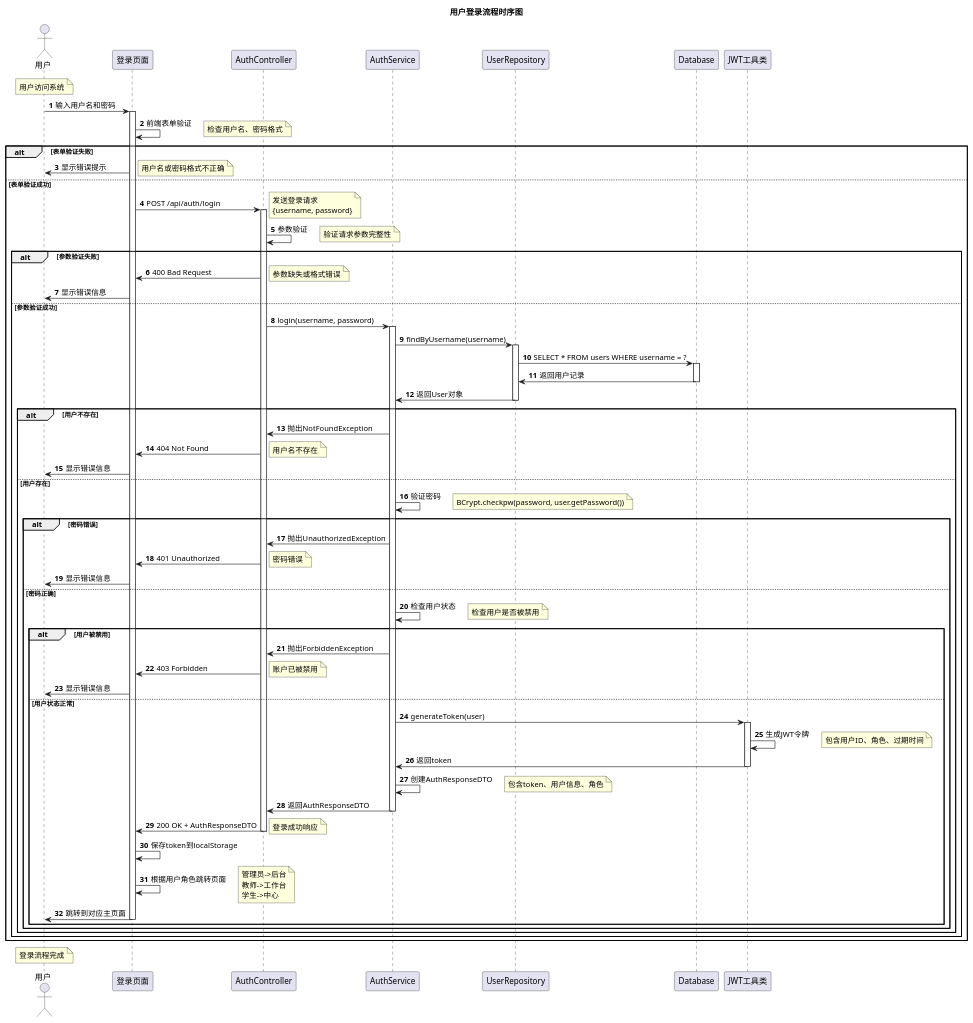
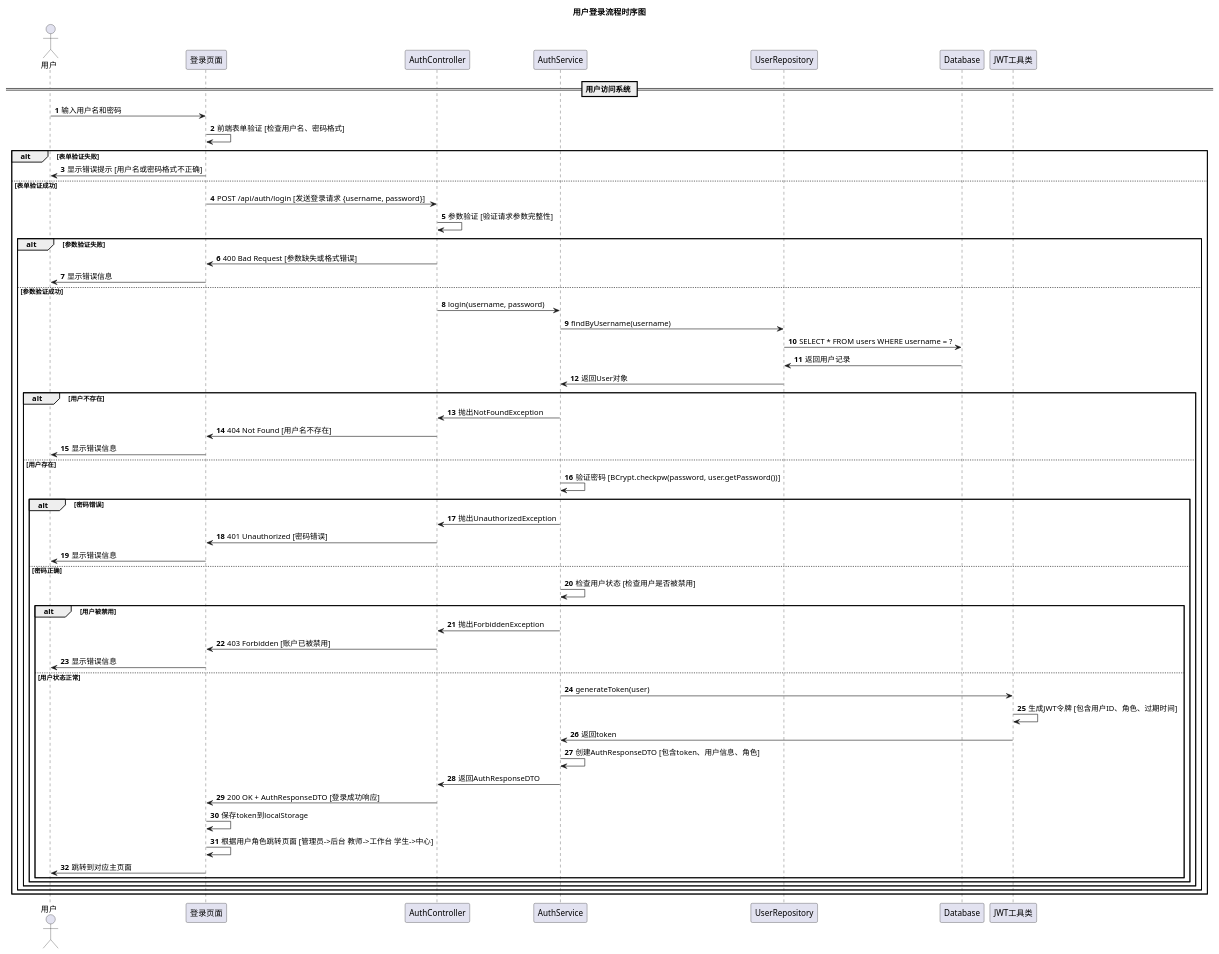
The diagram in diagram/类图和时序图/详细功能时序图/通用模块/01_用户登录时序图.puml (lingxiao001/CourseSchedule), drawn with PlantUML before and after one commit. The commit also changed 95 other files, not shown here.

Commit message:
draw many many diagram

```diff
--- a/diagram/类图和时序图/详细功能时序图/通用模块/01_用户登录时序图.puml
+++ b/diagram/类图和时序图/详细功能时序图/通用模块/01_用户登录时序图.puml
@@ -1,107 +1,70 @@
 @startuml 用户登录时序图
 title 用户登录流程时序图
 
 actor 用户 as U
 participant "登录页面" as LP
 participant "AuthController" as AC
 participant "AuthService" as AS
 participant "UserRepository" as UR
 participant "Database" as DB
 participant "JWT工具类" as JWT
 
 autonumber
 
-note over U: 用户访问系统
-
+== 用户访问系统 ==
 U -> LP: 输入用户名和密码
-activate LP
-
-LP -> LP: 前端表单验证
-note right: 检查用户名、密码格式
+LP -> LP: 前端表单验证 [检查用户名、密码格式]
 
 alt 表单验证失败
-    LP -> U: 显示错误提示
-    note right: 用户名或密码格式不正确
+    LP -> U: 显示错误提示 [用户名或密码格式不正确]
 else 表单验证成功
-    LP -> AC: POST /api/auth/login
-    activate AC
-    note right: 发送登录请求\n{username, password}
-    
-    AC -> AC: 参数验证
-    note right: 验证请求参数完整性
+    LP -> AC: POST /api/auth/login [发送登录请求 {username, password}]
+    AC -> AC: 参数验证 [验证请求参数完整性]
     
     alt 参数验证失败
-        AC -> LP: 400 Bad Request
-        note right: 参数缺失或格式错误
+        AC -> LP: 400 Bad Request [参数缺失或格式错误]
         LP -> U: 显示错误信息
     else 参数验证成功
         AC -> AS: login(username, password)
-        activate AS
-        
         AS -> UR: findByUsername(username)
-        activate UR
-        
         UR -> DB: SELECT * FROM users WHERE username = ?
-        activate DB
         DB -> UR: 返回用户记录
-        deactivate DB
-        
         UR -> AS: 返回User对象
-        deactivate UR
         
         alt 用户不存在
             AS -> AC: 抛出NotFoundException
-            AC -> LP: 404 Not Found
-            note right: 用户名不存在
+            AC -> LP: 404 Not Found [用户名不存在]
             LP -> U: 显示错误信息
         else 用户存在
-            AS -> AS: 验证密码
-            note right: BCrypt.checkpw(password, user.getPassword())
+            AS -> AS: 验证密码 [BCrypt.checkpw(password, user.getPassword())]
             
             alt 密码错误
                 AS -> AC: 抛出UnauthorizedException
-                AC -> LP: 401 Unauthorized
-                note right: 密码错误
+                AC -> LP: 401 Unauthorized [密码错误]
                 LP -> U: 显示错误信息
             else 密码正确
-                AS -> AS: 检查用户状态
-                note right: 检查用户是否被禁用
+                AS -> AS: 检查用户状态 [检查用户是否被禁用]
                 
                 alt 用户被禁用
                     AS -> AC: 抛出ForbiddenException
-                    AC -> LP: 403 Forbidden
-                    note right: 账户已被禁用
+                    AC -> LP: 403 Forbidden [账户已被禁用]
                     LP -> U: 显示错误信息
                 else 用户状态正常
                     AS -> JWT: generateToken(user)
-                    activate JWT
-                    JWT -> JWT: 生成JWT令牌
-                    note right: 包含用户ID、角色、过期时间
+                    JWT -> JWT: 生成JWT令牌 [包含用户ID、角色、过期时间]
                     JWT -> AS: 返回token
-                    deactivate JWT
                     
-                    AS -> AS: 创建AuthResponseDTO
-                    note right: 包含token、用户信息、角色
-                    
+                    AS -> AS: 创建AuthResponseDTO [包含token、用户信息、角色]
                     AS -> AC: 返回AuthResponseDTO
-                    deactivate AS
-                    
-                    AC -> LP: 200 OK + AuthResponseDTO
-                    deactivate AC
-                    note right: 登录成功响应
+                    AC -> LP: 200 OK + AuthResponseDTO [登录成功响应]
                     
                     LP -> LP: 保存token到localStorage
-                    LP -> LP: 根据用户角色跳转页面
-                    note right: 管理员->后台\n教师->工作台\n学生->中心
-                    
+                    LP -> LP: 根据用户角色跳转页面 [管理员->后台 教师->工作台 学生->中心]
                     LP -> U: 跳转到对应主页面
-                    deactivate LP
                 end
             end
         end
     end
 end
 
-note over U: 登录流程完成
-
 @enduml 
```
